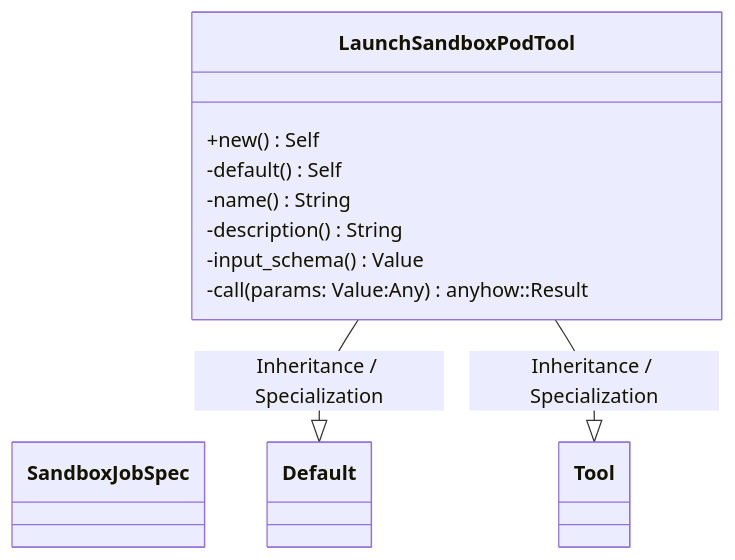
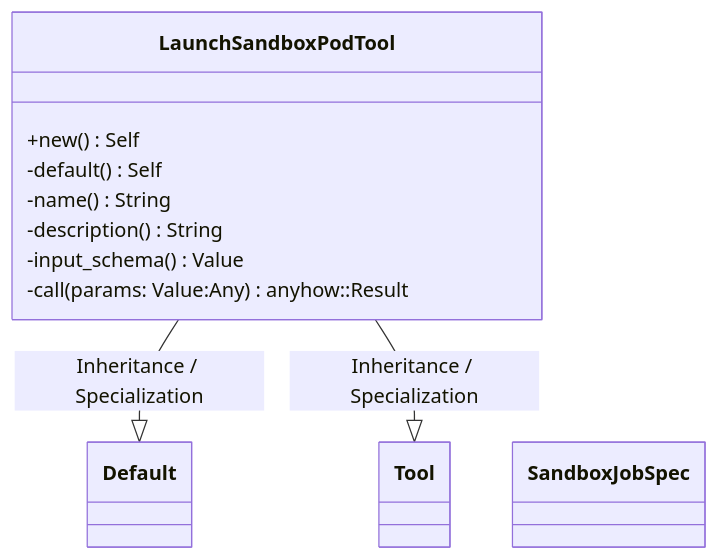
One commit to lgcorzo/rust_CACD_autonomous_factory changed the first of 2 diagrams in openwiki/crates_factory-mcp-server_src_tools_launch_sandbox_pod_rs.md. Above: the diagram before and after it, drawn with Mermaid. The commit also changed other lines of this file and 78 other files, not shown here.

````diff
--- a/openwiki/crates_factory-mcp-server_src_tools_launch_sandbox_pod_rs.md
+++ b/openwiki/crates_factory-mcp-server_src_tools_launch_sandbox_pod_rs.md
@@ -111,17 +111,17 @@
 ```mermaid
 classDiagram
     direction BT
-    class SandboxJobSpec {
-    }
     class LaunchSandboxPodTool {
         +new() Self
         -default() Self
         -name() String
         -description() String
         -input_schema() Value
         -call(params: Value:Any) anyhow::Result<CallToolResult>
     }
     Default <|-- LaunchSandboxPodTool : Inheritance / Specialization
     Tool <|-- LaunchSandboxPodTool : Inheritance / Specialization
+    class SandboxJobSpec {
+    }
 
 ```
````
